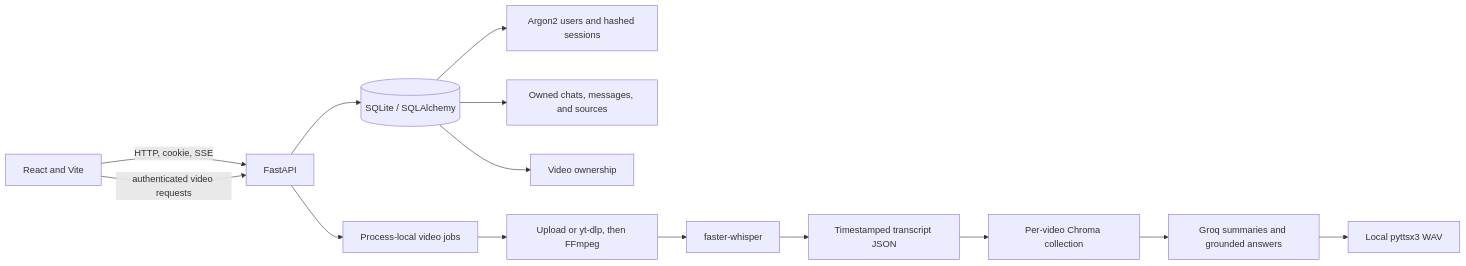
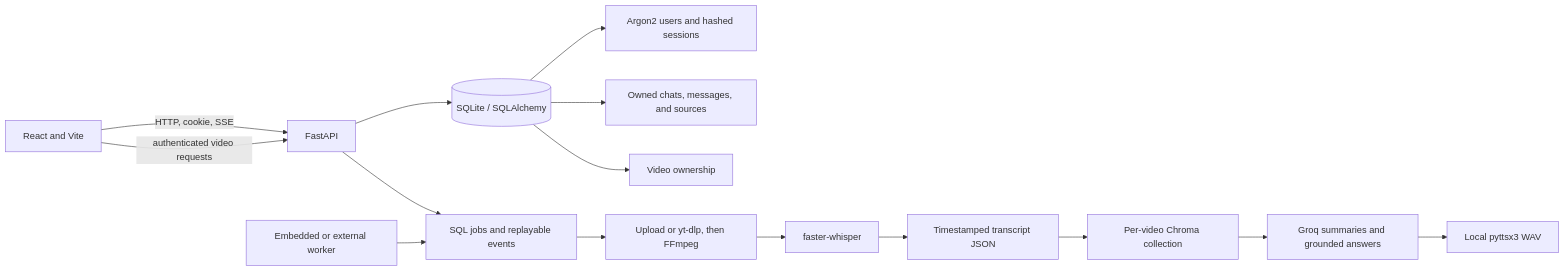
The diagram in PROJECT_RECAP.md (z3yad30/VideoMind), drawn with Mermaid before and after one commit. The commit also changed other lines of this file and 38 other files, not shown here.

````diff
--- a/PROJECT_RECAP.md
+++ b/PROJECT_RECAP.md
@@ -9,16 +9,17 @@
 ```mermaid
 flowchart LR
     Browser[React and Vite] -->|HTTP, cookie, SSE| API[FastAPI]
     API --> DB[(SQLite / SQLAlchemy)]
     DB --> Auth[Argon2 users and hashed sessions]
     DB --> Chat[Owned chats, messages, and sources]
     DB --> Owners[Video ownership]
-    API --> Jobs[Process-local video jobs]
+    API --> Jobs[SQL jobs and replayable events]
+    Worker[Embedded or external worker] --> Jobs
     Jobs --> Media[Upload or yt-dlp, then FFmpeg]
     Media --> ASR[faster-whisper]
     ASR --> Transcript[Timestamped transcript JSON]
     Transcript --> RAG[Per-video Chroma collection]
     RAG --> LLM[Groq summaries and grounded answers]
     LLM --> TTS[Local pyttsx3 WAV]
     Browser -->|authenticated video requests| API
 ```
````
